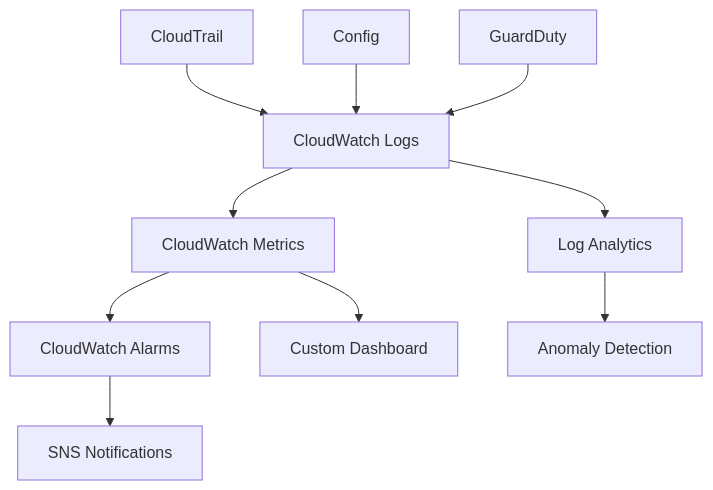
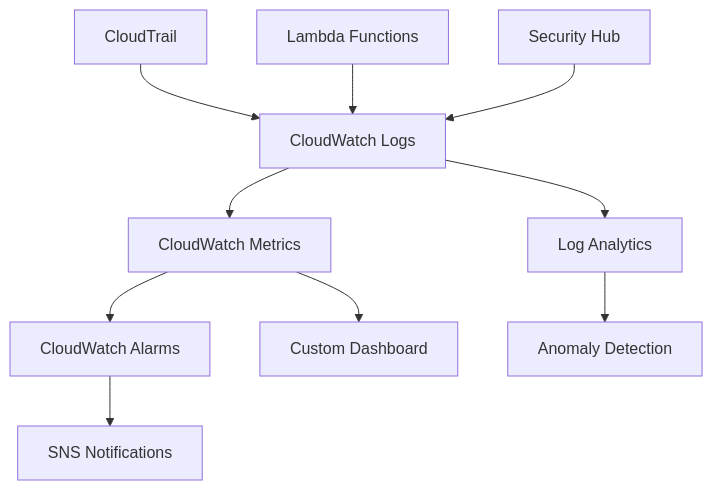
One commit to trtrantnt/workshop changed the diagram in content/7-Thiet-lap-Giam-sat/_index.md. Above: the diagram before and after it, drawn with Mermaid. The commit also changed 275 other files, not shown here.

````diff
--- a/content/7-Thiet-lap-Giam-sat/_index.md
+++ b/content/7-Thiet-lap-Giam-sat/_index.md
@@ -13,12 +13,12 @@
 ```mermaid
 graph TB
     A[CloudTrail] --> B[CloudWatch Logs]
-    C[Config] --> B
-    D[GuardDuty] --> B
+    C[Lambda Functions] --> B
+    D[Security Hub] --> B
     B --> E[CloudWatch Metrics]
     E --> F[CloudWatch Alarms]
     F --> G[SNS Notifications]
     E --> H[Custom Dashboard]
     B --> I[Log Analytics]
     I --> J[Anomaly Detection]
 ```
````
